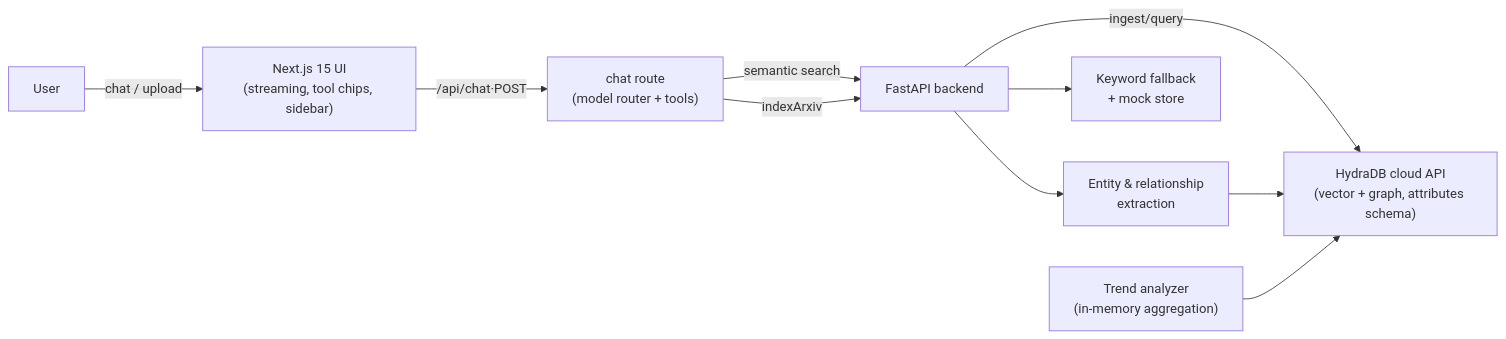
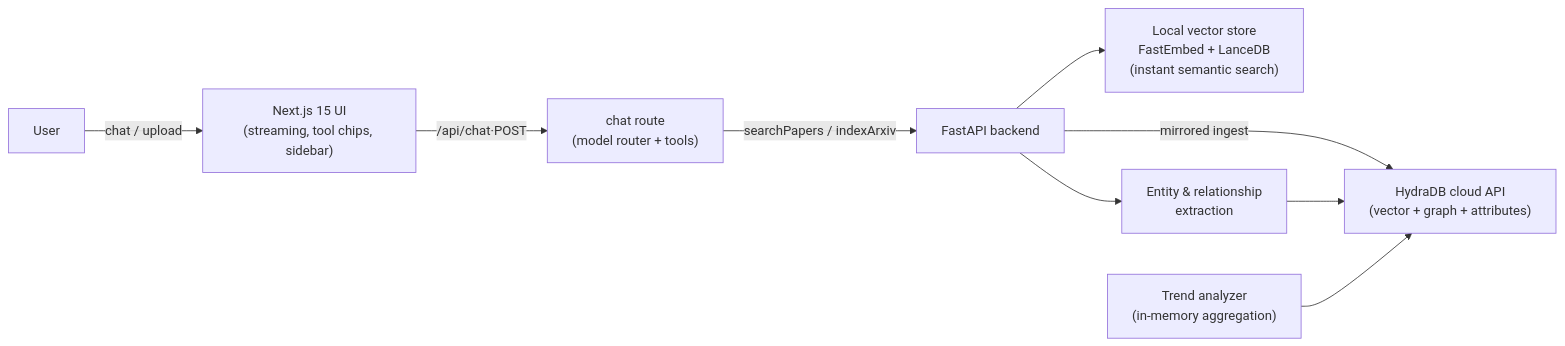
The diagram in README.md (skeehn/papertrail), drawn with Mermaid before and after one commit. The commit also changed other lines of this file and 7 other files, not shown here.

First line of the commit message:
feat: local instant vector store (FastEmbed + LanceDB), bug-sweep fixes

````diff
--- a/README.md
+++ b/README.md
@@ -18,12 +18,11 @@
 ```mermaid
 flowchart LR
     U[User] -->|chat / upload| FE["Next.js 15 UI\n(streaming, tool chips, sidebar)"]
     FE -->|/api/chat·POST| RT["chat route\n(model router + tools)"]
-    RT -->|semantic search| BE["FastAPI backend"]
-    RT -->|indexArxiv| BE
-    BE -->|ingest/query| HD["HydraDB cloud API\n(vector + graph, attributes schema)"]
+    RT -->|searchPapers / indexArxiv| BE["FastAPI backend"]
+    BE --> LV["Local vector store\nFastEmbed + LanceDB\n(instant semantic search)"]
+    BE -->|mirrored ingest| HD["HydraDB cloud API\n(vector + graph + attributes)"]
     BE --> EE[Entity & relationship\nextraction]
     EE --> HD
-    BE --> FB["Keyword fallback\n+ mock store"]
     TM["Trend analyzer\n(in-memory aggregation)"] --> HD
 ```
````
